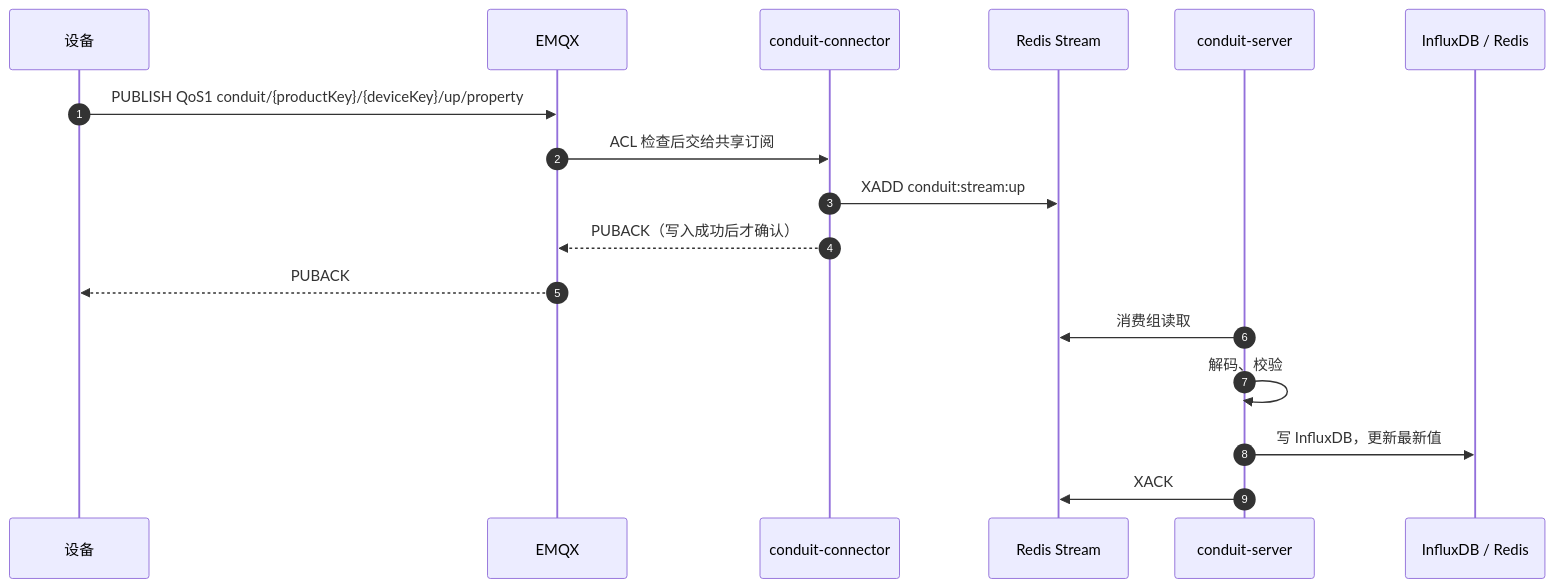
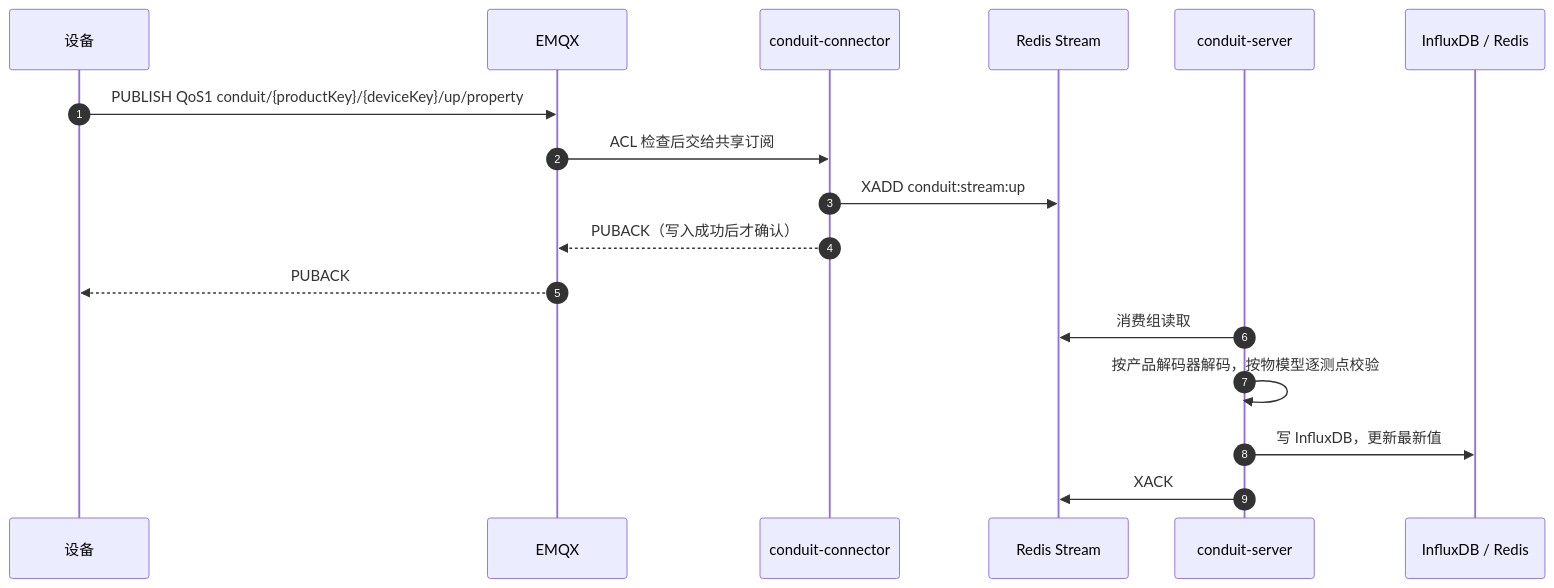
The second of 2 diagrams in docs/device-integration.md (Clarence404/Conduit), drawn with Mermaid before and after one commit. The commit also changed other lines of this file and 3 other files, not shown here.

````diff
--- a/docs/device-integration.md
+++ b/docs/device-integration.md
@@ -27,19 +27,19 @@
 ```mermaid
 sequenceDiagram
     autonumber
     participant Dev as 设备
     participant EMQX
     participant Conn as conduit-connector
     participant Bus as Redis Stream
     participant Server as conduit-server
     participant Store as InfluxDB / Redis
     Dev->>EMQX: PUBLISH QoS1 conduit/{productKey}/{deviceKey}/up/property
     EMQX->>Conn: ACL 检查后交给共享订阅
     Conn->>Bus: XADD conduit:stream:up
     Conn-->>EMQX: PUBACK（写入成功后才确认）
     EMQX-->>Dev: PUBACK
     Server->>Bus: 消费组读取
-    Server->>Server: 解码、校验
+    Server->>Server: 按产品解码器解码，按物模型逐测点校验
     Server->>Store: 写 InfluxDB，更新最新值
     Server->>Bus: XACK
 ```
````
